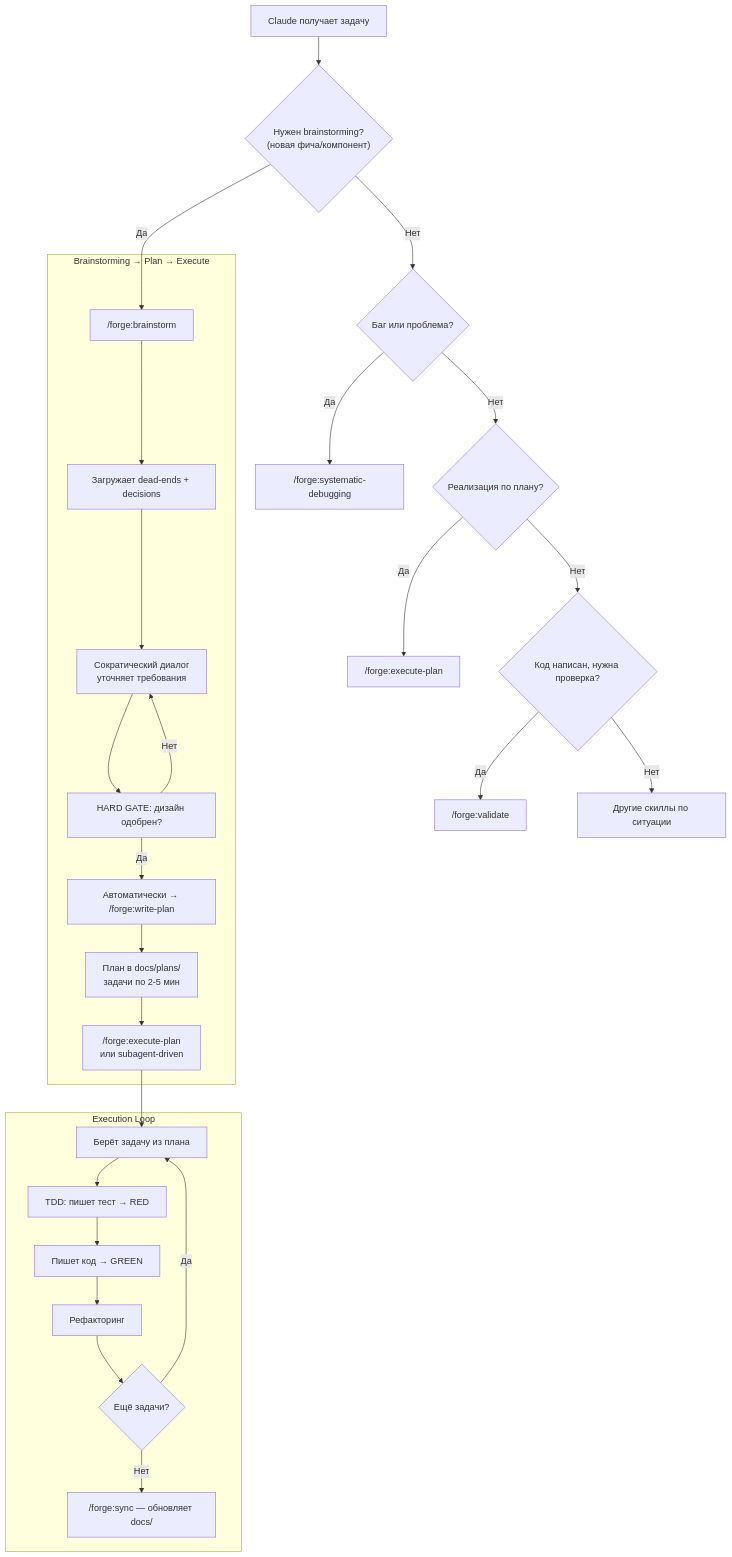
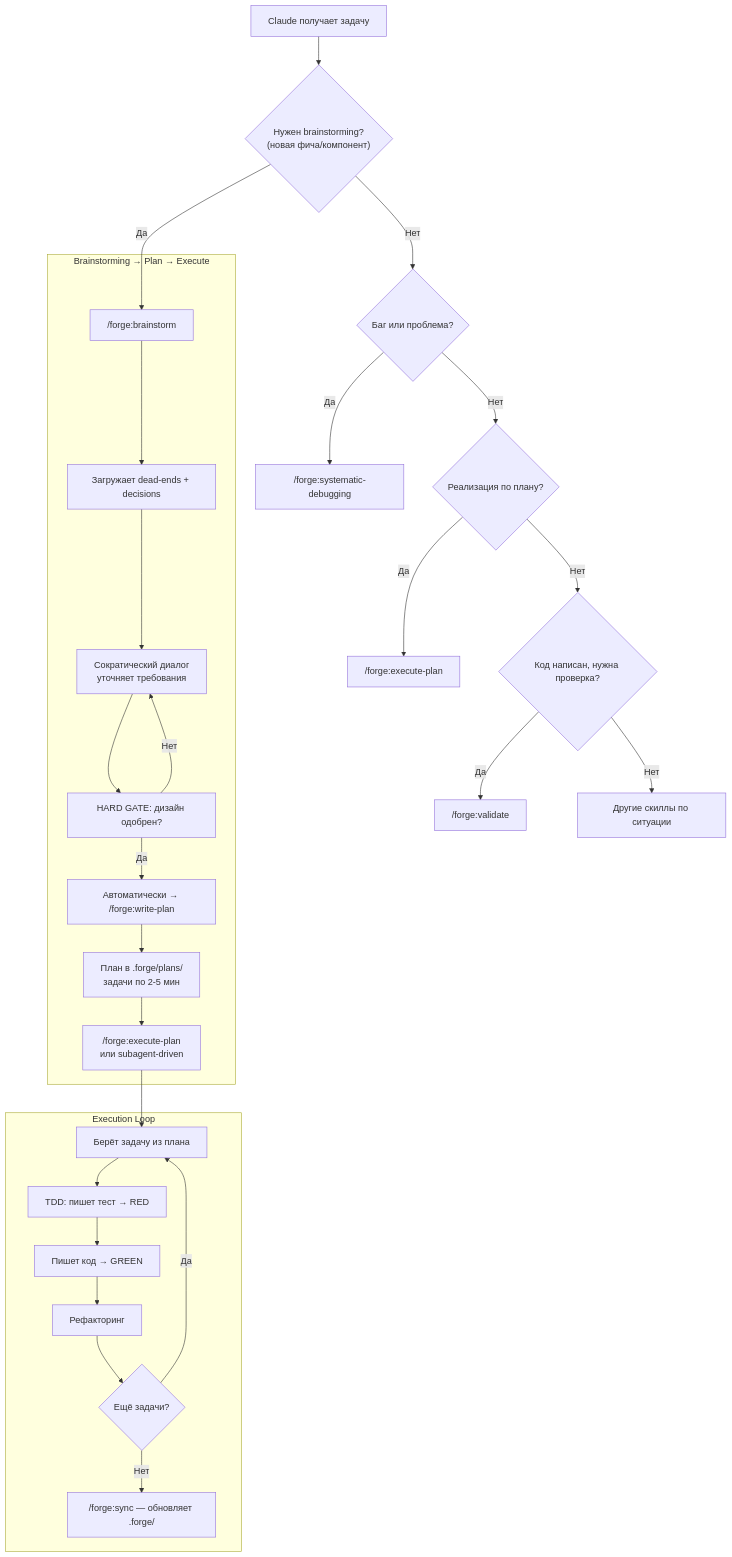
Before and after one commit to anton-ai5010/forge: the third of 5 diagrams in forge-plugin/docs/forge-runtime-flow.md, drawn with Mermaid. The commit also changed other lines of this file and 42 other files, not shown here.

````diff
--- a/forge-plugin/docs/forge-runtime-flow.md
+++ b/forge-plugin/docs/forge-runtime-flow.md
@@ -69,32 +69,32 @@
 ```mermaid
 flowchart TB
     A["Claude получает задачу"] --> B{"Нужен brainstorming?<br/>(новая фича/компонент)"}
     B -- Да --> C["/forge:brainstorm"]
     B -- Нет --> D{"Баг или проблема?"}
     D -- Да --> E["/forge:systematic-debugging"]
     D -- Нет --> F{"Реализация по плану?"}
     F -- Да --> G["/forge:execute-plan"]
     F -- Нет --> H{"Код написан, нужна проверка?"}
     H -- Да --> I["/forge:validate"]
     H -- Нет --> J["Другие скиллы по ситуации"]
 
     subgraph BRAINSTORM_FLOW["Brainstorming → Plan → Execute"]
         C --> C1["Загружает dead-ends + decisions"]
         C1 --> C2["Сократический диалог<br/>уточняет требования"]
         C2 --> C3["HARD GATE: дизайн одобрен?"]
         C3 -- Нет --> C2
         C3 -- Да --> C4["Автоматически → /forge:write-plan"]
-        C4 --> C5["План в docs/plans/<br/>задачи по 2-5 мин"]
+        C4 --> C5["План в .forge/plans/<br/>задачи по 2-5 мин"]
         C5 --> C6["/forge:execute-plan<br/>или subagent-driven"]
     end
 
     subgraph EXECUTION["Execution Loop"]
         C6 --> EX1["Берёт задачу из плана"]
         EX1 --> EX2["TDD: пишет тест → RED"]
         EX2 --> EX3["Пишет код → GREEN"]
         EX3 --> EX4["Рефакторинг"]
         EX4 --> EX5{"Ещё задачи?"}
         EX5 -- Да --> EX1
-        EX5 -- Нет --> EX6["/forge:sync — обновляет docs/"]
+        EX5 -- Нет --> EX6["/forge:sync — обновляет .forge/"]
     end
 ```
````
